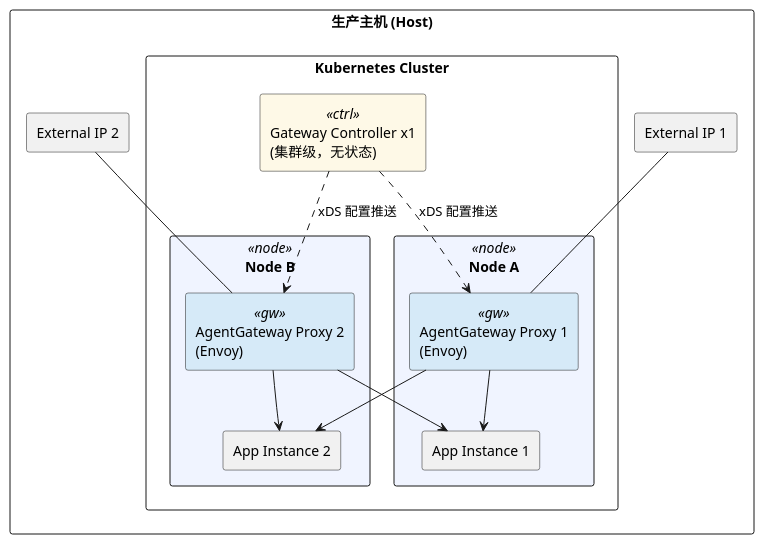
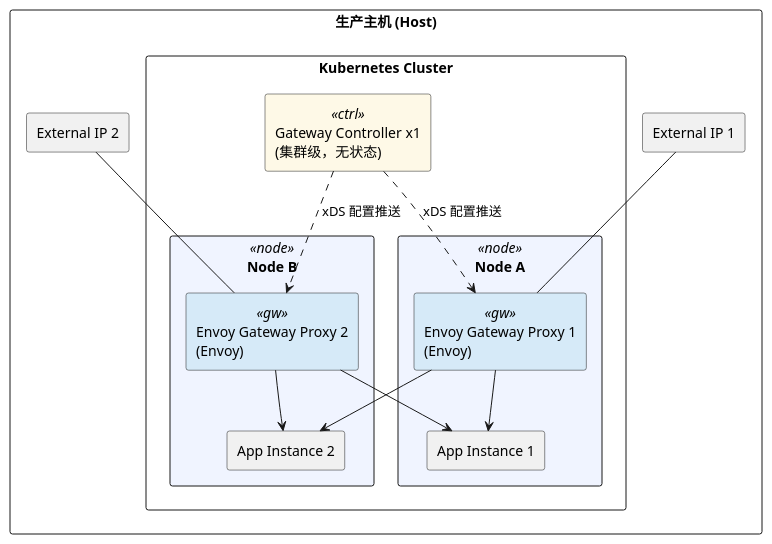
Before and after one commit to xiewanchao/aidp-iam: diagram 17 of 17 in da-cluster/docs/design-specification.md, drawn with PlantUML. The commit also changed other lines of this file and 47 other files, not shown here.

First line of the commit message:
feat: migrate gateway from AgentGateway to Envoy Gateway v1.7.0

````diff
--- a/da-cluster/docs/design-specification.md
+++ b/da-cluster/docs/design-specification.md
@@ -1116,37 +1118,37 @@
 ```plantuml
 @startuml
 skinparam rectangle {
     BackgroundColor<<node>> #F0F4FF
     BackgroundColor<<gw>> #D6EAF8
     BackgroundColor<<ctrl>> #FEF9E7
 }
 
 rectangle "生产主机 (Host)" {
     rectangle "External IP 1" as eip1
     rectangle "External IP 2" as eip2
 
     rectangle "Kubernetes Cluster" {
         rectangle "Gateway Controller x1\n(集群级，无状态)" as ctrl <<ctrl>>
 
         rectangle "Node A" <<node>> {
-            rectangle "AgentGateway Proxy 1\n(Envoy)" as gw1 <<gw>>
+            rectangle "Envoy Gateway Proxy 1\n(Envoy)" as gw1 <<gw>>
             rectangle "App Instance 1" as app1
         }
 
         rectangle "Node B" <<node>> {
-            rectangle "AgentGateway Proxy 2\n(Envoy)" as gw2 <<gw>>
+            rectangle "Envoy Gateway Proxy 2\n(Envoy)" as gw2 <<gw>>
             rectangle "App Instance 2" as app2
         }
     }
 }
 
 eip1 -- gw1
 eip2 -- gw2
 gw1 --> app1
 gw1 --> app2
 gw2 --> app1
 gw2 --> app2
 ctrl ..> gw1 : xDS 配置推送
 ctrl ..> gw2 : xDS 配置推送
 @enduml
 ```
````
